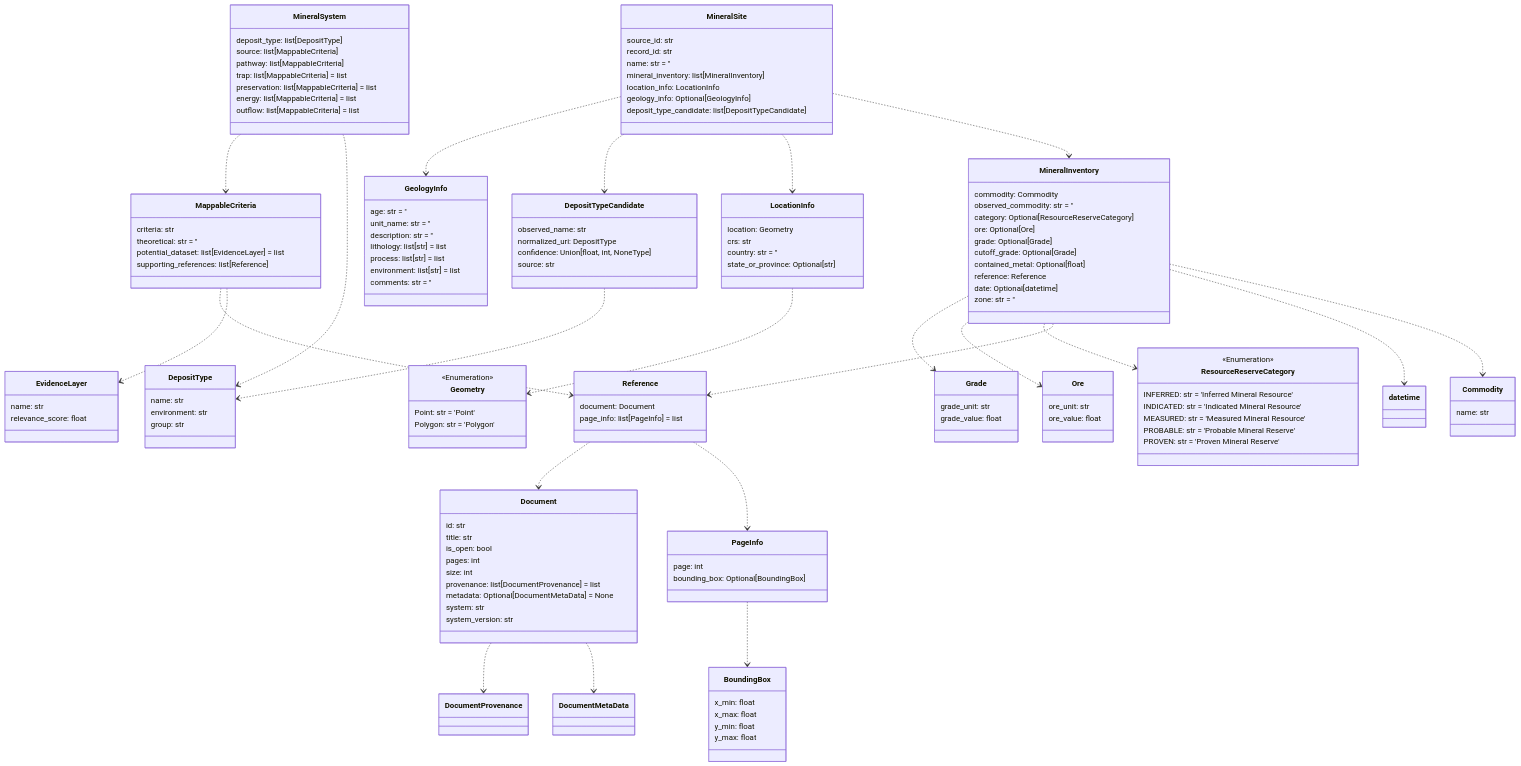
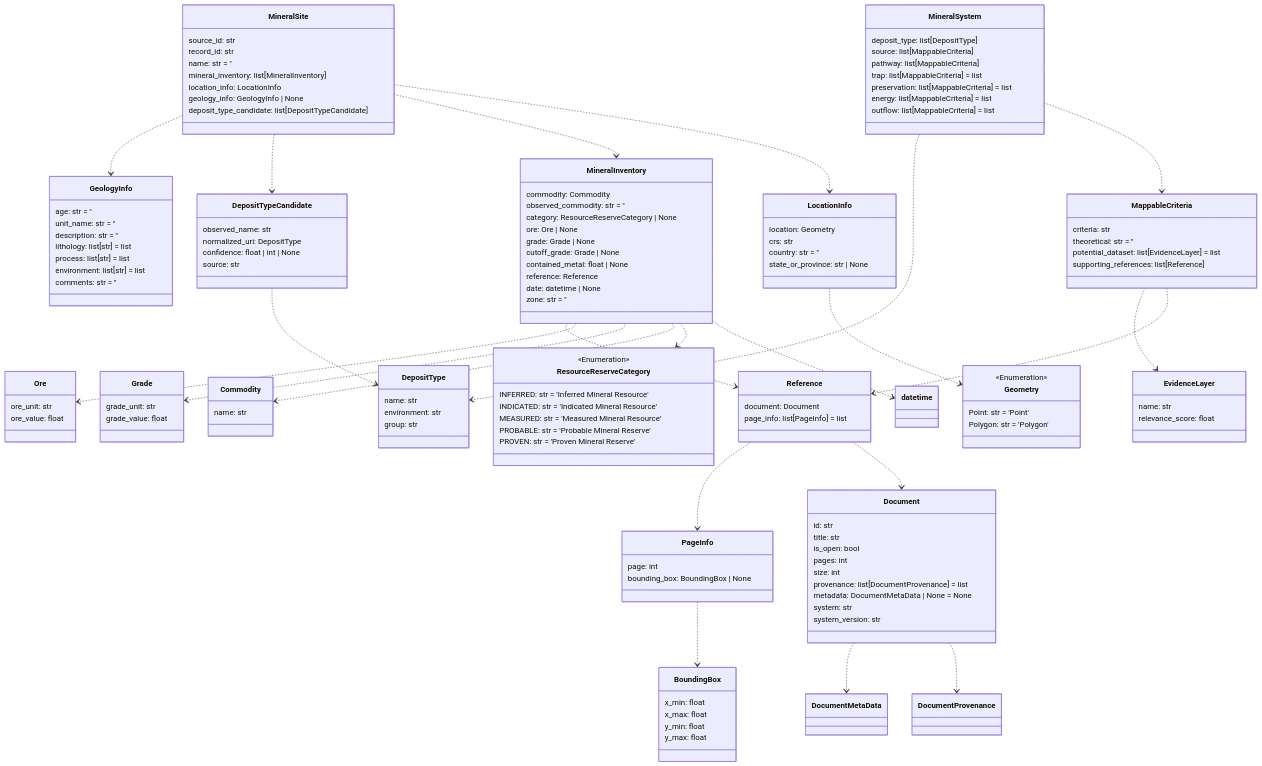
Before and after one commit to DARPA-CRITICALMAAS/cdr_schemas: the tenth of 14 diagrams in README.md, drawn with Mermaid. The commit also changed other lines of this file and 3 other files, not shown here.

First line of the commit message:
TA3 Schema Integration and Metadata Parsing (#36)

````diff
--- a/README.md
+++ b/README.md
@@ -738,16 +765,97 @@
 ```mermaid
 classDiagram
 
-    class DepositTypeCandidate {
-        observed_name: str
-        normalized_uri: DepositType
-        confidence: Union[float, int, NoneType]
-        source: str
+    class PageInfo {
+        page: int
+        bounding_box: BoundingBox | None
+    }
+
+    class Document {
+        id: str
+        title: str
+        is_open: bool
+        pages: int
+        size: int
+        provenance: list[DocumentProvenance] = list
+        metadata: DocumentMetaData | None = None
+        system: str
+        system_version: str
+    }
+
+    class LocationInfo {
+        location: Geometry
+        crs: str
+        country: str = ''
+        state_or_province: str | None
     }
 
     class EvidenceLayer {
         name: str
         relevance_score: float
+    }
+
+    class Commodity {
+        name: str
+    }
+
+    class Geometry {
+        <<Enumeration>>
+        Point: str = 'Point'
+        Polygon: str = 'Polygon'
+    }
+
+    class Grade {
+        grade_unit: str
+        grade_value: float
+    }
+
+    class DepositTypeCandidate {
+        observed_name: str
+        normalized_uri: DepositType
+        confidence: float | int | None
+        source: str
+    }
+
+    class Ore {
+        ore_unit: str
+        ore_value: float
+    }
+
+    class BoundingBox {
+        x_min: float
+        x_max: float
+        y_min: float
+        y_max: float
+    }
+
+    class MineralInventory {
+        commodity: Commodity
+        observed_commodity: str = ''
+        category: ResourceReserveCategory | None
+        ore: Ore | None
+        grade: Grade | None
+        cutoff_grade: Grade | None
+        contained_metal: float | None
+        reference: Reference
+        date: datetime | None
+        zone: str = ''
+    }
+
+    class MappableCriteria {
+        criteria: str
+        theoretical: str = ''
+        potential_dataset: list[EvidenceLayer] = list
+        supporting_references: list[Reference]
+    }
+
+    class MineralSystem {
+        deposit_type: list[DepositType]
+        source: list[MappableCriteria]
+        pathway: list[MappableCriteria]
+        trap: list[MappableCriteria] = list
+        preservation: list[MappableCriteria] = list
+        energy: list[MappableCriteria] = list
+        outflow: list[MappableCriteria] = list
     }
 
     class GeologyInfo {
@@ -760,63 +868,25 @@
         comments: str = ''
     }
 
-    class Grade {
-        grade_unit: str
-        grade_value: float
-    }
-
     class DepositType {
         name: str
         environment: str
         group: str
     }
 
-    class BoundingBox {
-        x_min: float
-        x_max: float
-        y_min: float
-        y_max: float
+    class MineralSite {
+        source_id: str
+        record_id: str
+        name: str = ''
+        mineral_inventory: list[MineralInventory]
+        location_info: LocationInfo
+        geology_info: GeologyInfo | None
+        deposit_type_candidate: list[DepositTypeCandidate]
     }
 
-    class MappableCriteria {
-        criteria: str
-        theoretical: str = ''
-        potential_dataset: list[EvidenceLayer] = list
-        supporting_references: list[Reference]
-    }
-
-    class Commodity {
-        name: str
-    }
-
-    class MineralInventory {
-        commodity: Commodity
-        observed_commodity: str = ''
-        category: Optional[ResourceReserveCategory]
-        ore: Optional[Ore]
-        grade: Optional[Grade]
-        cutoff_grade: Optional[Grade]
-        contained_metal: Optional[float]
-        reference: Reference
-        date: Optional[datetime]
-        zone: str = ''
-    }
-
-    class PageInfo {
-        page: int
-        bounding_box: Optional[BoundingBox]
-    }
-
-    class LocationInfo {
-        location: Geometry
-        crs: str
-        country: str = ''
-        state_or_province: Optional[str]
-    }
-
-    class Ore {
-        ore_unit: str
-        ore_value: float
+    class Reference {
+        document: Document
+        page_info: list[PageInfo] = list
     }
 
     class ResourceReserveCategory {
@@ -828,70 +898,27 @@
         PROVEN: str = 'Proven Mineral Reserve'
     }
 
-    class Document {
-        id: str
-        title: str
-        is_open: bool
-        pages: int
-        size: int
-        provenance: list[DocumentProvenance] = list
-        metadata: Optional[DocumentMetaData] = None
-        system: str
-        system_version: str
-    }
-
-    class Geometry {
-        <<Enumeration>>
-        Point: str = 'Point'
-        Polygon: str = 'Polygon'
-    }
-
-    class Reference {
-        document: Document
-        page_info: list[PageInfo] = list
-    }
-
-    class MineralSystem {
-        deposit_type: list[DepositType]
-        source: list[MappableCriteria]
-        pathway: list[MappableCriteria]
-        trap: list[MappableCriteria] = list
-        preservation: list[MappableCriteria] = list
-        energy: list[MappableCriteria] = list
-        outflow: list[MappableCriteria] = list
-    }
-
-    class MineralSite {
-        source_id: str
-        record_id: str
-        name: str = ''
-        mineral_inventory: list[MineralInventory]
-        location_info: LocationInfo
-        geology_info: Optional[GeologyInfo]
-        deposit_type_candidate: list[DepositTypeCandidate]
-    }
-
+    Document ..> DocumentMetaData
     Document ..> DocumentProvenance
-    Document ..> DocumentMetaData
     DepositTypeCandidate ..> DepositType
     PageInfo ..> BoundingBox
+    Reference ..> PageInfo
     Reference ..> Document
-    Reference ..> PageInfo
+    MappableCriteria ..> EvidenceLayer
     MappableCriteria ..> Reference
-    MappableCriteria ..> EvidenceLayer
+    MineralSystem ..> DepositType
     MineralSystem ..> MappableCriteria
-    MineralSystem ..> DepositType
+    MineralInventory ..> Reference
+    MineralInventory ..> Ore
     MineralInventory ..> Grade
-    MineralInventory ..> Ore
+    MineralInventory ..> Commodity
     MineralInventory ..> ResourceReserveCategory
-    MineralInventory ..> Reference
     MineralInventory ..> datetime
-    MineralInventory ..> Commodity
     LocationInfo ..> Geometry
     MineralSite ..> GeologyInfo
     MineralSite ..> DepositTypeCandidate
+    MineralSite ..> MineralInventory
     MineralSite ..> LocationInfo
-    MineralSite ..> MineralInventory
 
 
 ```
````
